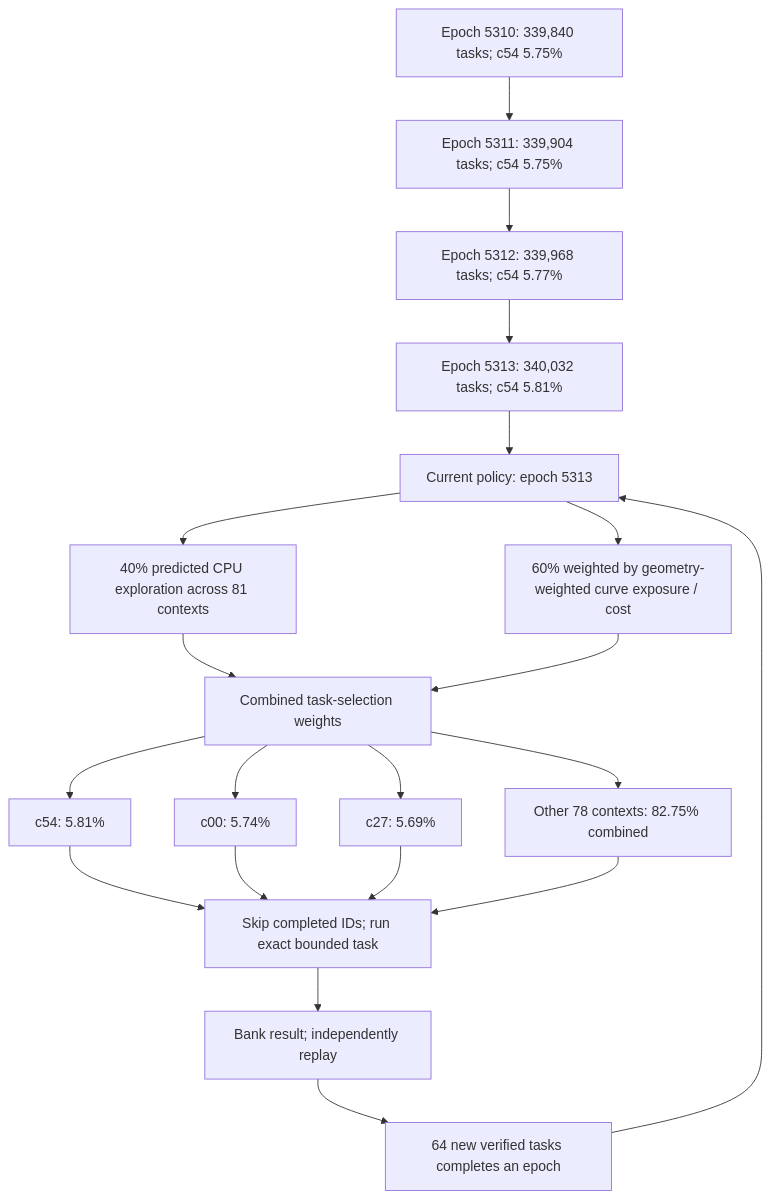
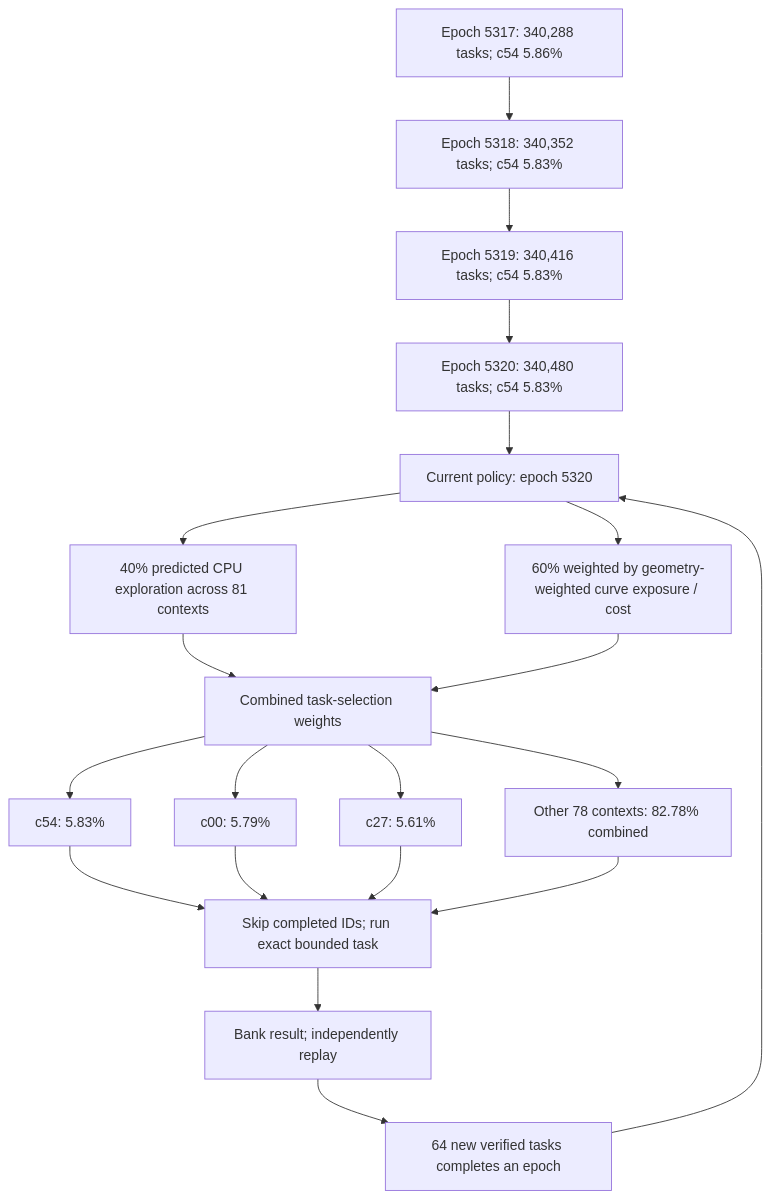
The first of 3 diagrams in README.md (Kuberwastaken/math-gambling), drawn with Mermaid before and after one commit. The commit also changed other lines of this file and 1445 other files, not shown here.

````diff
--- a/README.md
+++ b/README.md
@@ -60,27 +60,27 @@
 ```mermaid
 flowchart TD
-    H0["Epoch 5310: 339,840 tasks; c54 5.75%"]
-    H1["Epoch 5311: 339,904 tasks; c54 5.75%"]
+    H0["Epoch 5317: 340,288 tasks; c54 5.86%"]
+    H1["Epoch 5318: 340,352 tasks; c54 5.83%"]
     H0 --> H1
-    H2["Epoch 5312: 339,968 tasks; c54 5.77%"]
+    H2["Epoch 5319: 340,416 tasks; c54 5.83%"]
     H1 --> H2
-    H3["Epoch 5313: 340,032 tasks; c54 5.81%"]
+    H3["Epoch 5320: 340,480 tasks; c54 5.83%"]
     H2 --> H3
-    Policy["Current policy: epoch 5313"]
+    Policy["Current policy: epoch 5320"]
     H3 --> Policy
     Policy --> Explore["40% predicted CPU exploration across 81 contexts"]
     Policy --> Cost["60% weighted by geometry-weighted curve exposure / cost"]
     Explore --> Mix["Combined task-selection weights"]
     Cost --> Mix
-    Mix --> C0["c54: 5.81%"]
-    Mix --> C1["c00: 5.74%"]
-    Mix --> C2["c27: 5.69%"]
-    Mix --> Rest["Other 78 contexts: 82.75% combined"]
+    Mix --> C0["c54: 5.83%"]
+    Mix --> C1["c00: 5.79%"]
+    Mix --> C2["c27: 5.61%"]
+    Mix --> Rest["Other 78 contexts: 82.78% combined"]
     C0 --> Check["Skip completed IDs; run exact bounded task"]
     C1 --> Check
     C2 --> Check
     Rest --> Check
     Check --> Replay["Bank result; independently replay"]
     Replay --> Gate["64 new verified tasks completes an epoch"]
     Gate --> Policy
 ```
````
